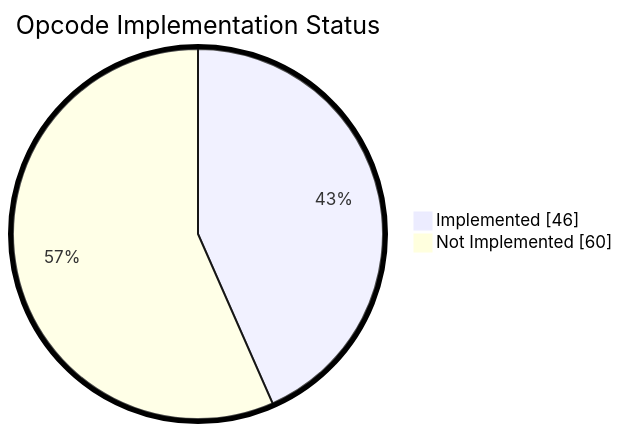
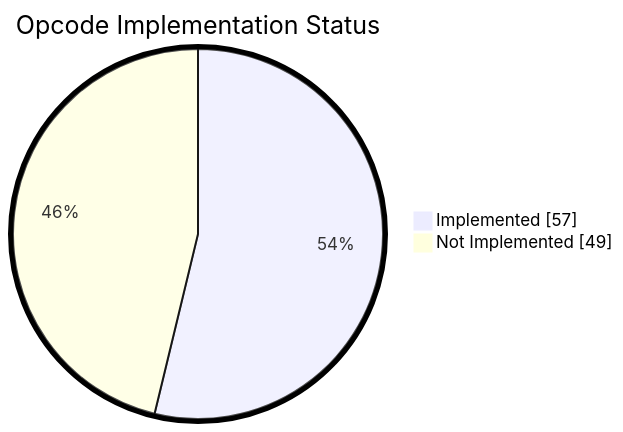
The diagram in README.md (keep-starknet-strange/shinigami), drawn with Mermaid before and after one commit. The commit also changed other lines of this file and 1 other file, not shown here.

````diff
--- a/README.md
+++ b/README.md
@@ -54,7 +54,7 @@
 ```mermaid
 %%{init: {"pie": {"textPosition": 0.75}, "themeVariables": {"pieOuterStrokeWidth": "5px"}} }%%
 pie showData
     title Opcode Implementation Status
-    "Implemented" : 46
-    "Not Implemented" : 60
+    "Implemented" : 57
+    "Not Implemented" : 49
 ```
````
